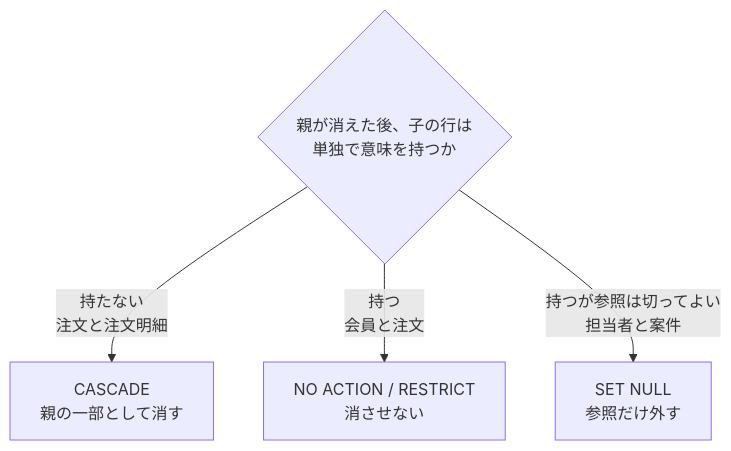
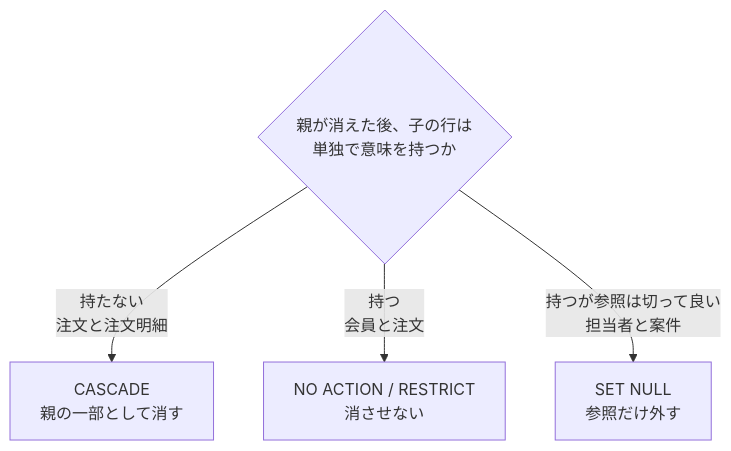
The fifth of 6 diagrams in content/notes/database-systems/foreign-key/index.md (nao1215/debimate), drawn with Mermaid before and after one commit. The commit also changed other lines of this file and 46 other files, not shown here.

````diff
--- a/content/notes/database-systems/foreign-key/index.md
+++ b/content/notes/database-systems/foreign-key/index.md
@@ -152,7 +152,7 @@
 ```mermaid
 flowchart TB
     Q{"親が消えた後、子の行は<br/>単独で意味を持つか"}
     Q -->|"持たない<br/>注文と注文明細"| C["CASCADE<br/>親の一部として消す"]
     Q -->|"持つ<br/>会員と注文"| R["NO ACTION / RESTRICT<br/>消させない"]
-    Q -->|"持つが参照は切ってよい<br/>担当者と案件"| S["SET NULL<br/>参照だけ外す"]
+    Q -->|"持つが参照は切って良い<br/>担当者と案件"| S["SET NULL<br/>参照だけ外す"]
 ```
````
